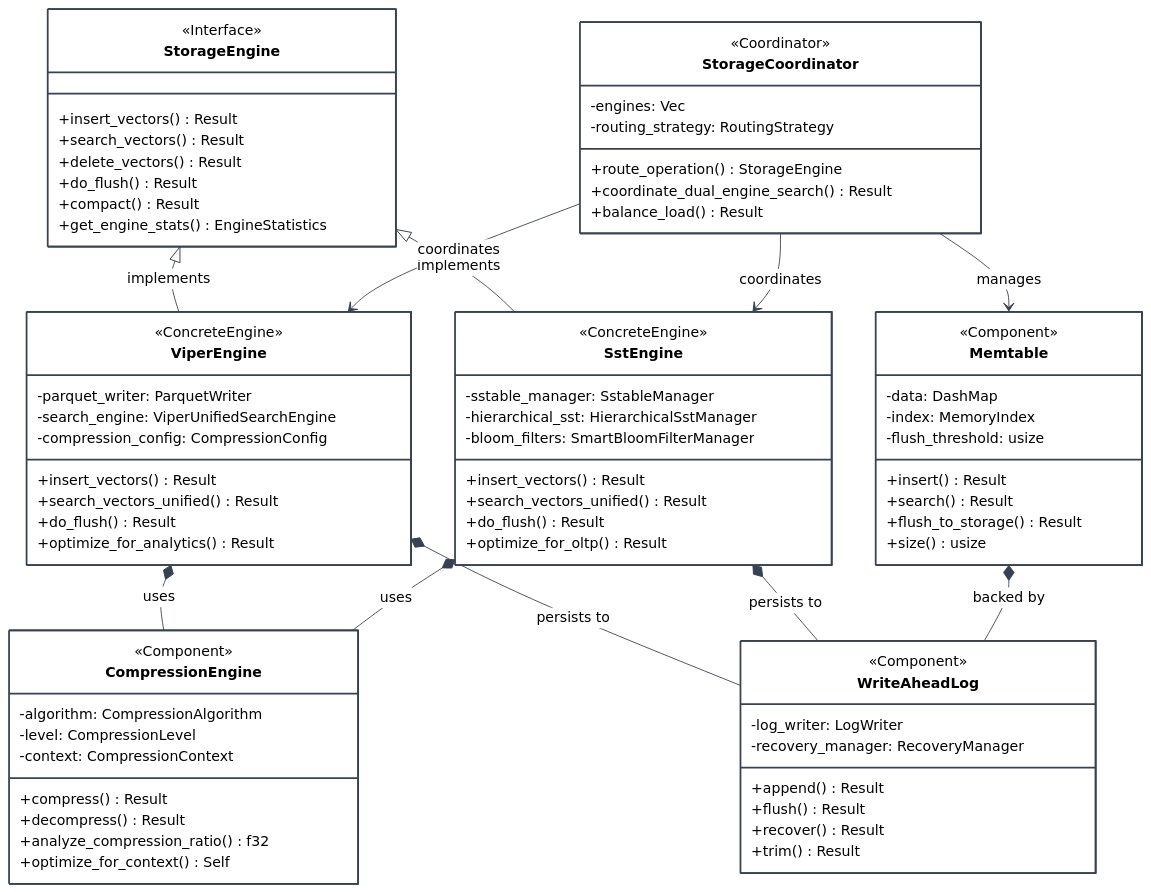
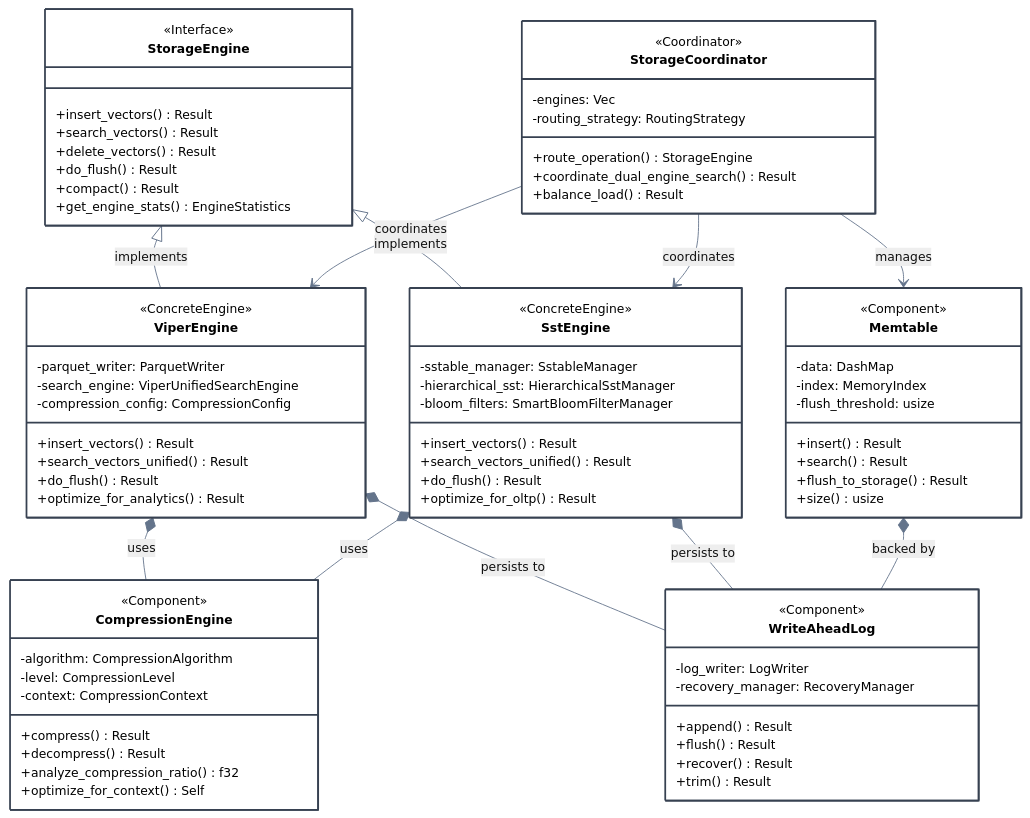
One commit to vjsingh1984/proximaDB changed the diagram in docs/diagrams/storage-components-detail-modular.mmd. Above: the diagram before and after it, drawn with Mermaid. The commit also changed 97 other files, not shown here.

First line of the commit message:
fix: improve diagram contrast for day/night mode compatibility

```diff
--- a/docs/diagrams/storage-components-detail-modular.mmd
+++ b/docs/diagrams/storage-components-detail-modular.mmd
@@ -1,100 +1,100 @@
-%%{init: {"theme":"neutral", "themeVariables": {"primaryColor":"#2563eb","primaryTextColor":"#000000","primaryBorderColor":"#1e40af","lineColor":"#374151","secondaryColor":"#10b981","secondaryTextColor":"#000000","tertiaryColor":"#f59e0b","tertiaryTextColor":"#000000","background":"transparent","mainBkg":"#ffffff","secondBkg":"#f8fafc","textColor":"#000000","nodeTextColor":"#000000","fontFamily":"Arial, sans-serif","fontSize":"16px","clusterBkg":"#f1f5f9","clusterBorder":"#374151","edgeLabelBackground":"#ffffff"}}}%%
+%%{init: {"theme":"neutral", "themeVariables": {"primaryColor":"#4A90E2","primaryBorderColor":"#2563eb","secondaryColor":"#5CB85C","tertiaryColor":"#F5A623","lineColor":"#64748b","background":"transparent","fontFamily":"-apple-system, BlinkMacSystemFont, Segoe UI, Roboto, sans-serif","fontSize":"14px"}}}%%
 
 classDiagram
     %% Storage Module - Core persistence and storage engine capabilities
     
     class StorageEngine {
         <<Interface>>
         +insert_vectors() Result
         +search_vectors() Result
         +delete_vectors() Result
         +do_flush() Result
         +compact() Result
         +get_engine_stats() EngineStatistics
     }
     
     class ViperEngine {
         <<ConcreteEngine>>
         -parquet_writer: ParquetWriter
         -search_engine: ViperUnifiedSearchEngine
         -compression_config: CompressionConfig
         +insert_vectors() Result
         +search_vectors_unified() Result
         +do_flush() Result
         +optimize_for_analytics() Result
     }
     
     class SstEngine {
         <<ConcreteEngine>>
         -sstable_manager: SstableManager
         -hierarchical_sst: HierarchicalSstManager
         -bloom_filters: SmartBloomFilterManager
         +insert_vectors() Result
         +search_vectors_unified() Result
         +do_flush() Result
         +optimize_for_oltp() Result
     }
     
     class WriteAheadLog {
         <<Component>>
         -log_writer: LogWriter
         -recovery_manager: RecoveryManager
         +append() Result
         +flush() Result
         +recover() Result
         +trim() Result
     }
     
     class Memtable {
         <<Component>>
         -data: DashMap
         -index: MemoryIndex
         -flush_threshold: usize
         +insert() Result
         +search() Result
         +flush_to_storage() Result
         +size() usize
     }
     
     class CompressionEngine {
         <<Component>>
         -algorithm: CompressionAlgorithm
         -level: CompressionLevel
         -context: CompressionContext
         +compress() Result
         +decompress() Result
         +analyze_compression_ratio() f32
         +optimize_for_context() Self
     }
     
     class StorageCoordinator {
         <<Coordinator>>
         -engines: Vec
         -routing_strategy: RoutingStrategy
         +route_operation() StorageEngine
         +coordinate_dual_engine_search() Result
         +balance_load() Result
     }
     
     %% Inheritance relationships
     StorageEngine <|-- ViperEngine : implements
     StorageEngine <|-- SstEngine : implements
     
     %% Composition relationships
     ViperEngine *-- CompressionEngine : uses
     SstEngine *-- CompressionEngine : uses
     ViperEngine *-- WriteAheadLog : persists to
     SstEngine *-- WriteAheadLog : persists to
     Memtable *-- WriteAheadLog : backed by
     
     %% Coordination relationships
     StorageCoordinator --> ViperEngine : coordinates
     StorageCoordinator --> SstEngine : coordinates
     StorageCoordinator --> Memtable : manages
     
     %% Clear high-contrast styling
     classDef default fill:#ffffff,stroke:#374151,stroke-width:2px,color:#000000
     classDef interface fill:#e8f4fd,stroke:#1565c0,stroke-width:2px,color:#000000
     classDef engine fill:#e8f5e8,stroke:#2e7d32,stroke-width:2px,color:#000000
     classDef component fill:#fff3e0,stroke:#ef6c00,stroke-width:2px,color:#000000
     classDef coordinator fill:#f3e5f5,stroke:#7b1fa2,stroke-width:2px,color:#000000
```
